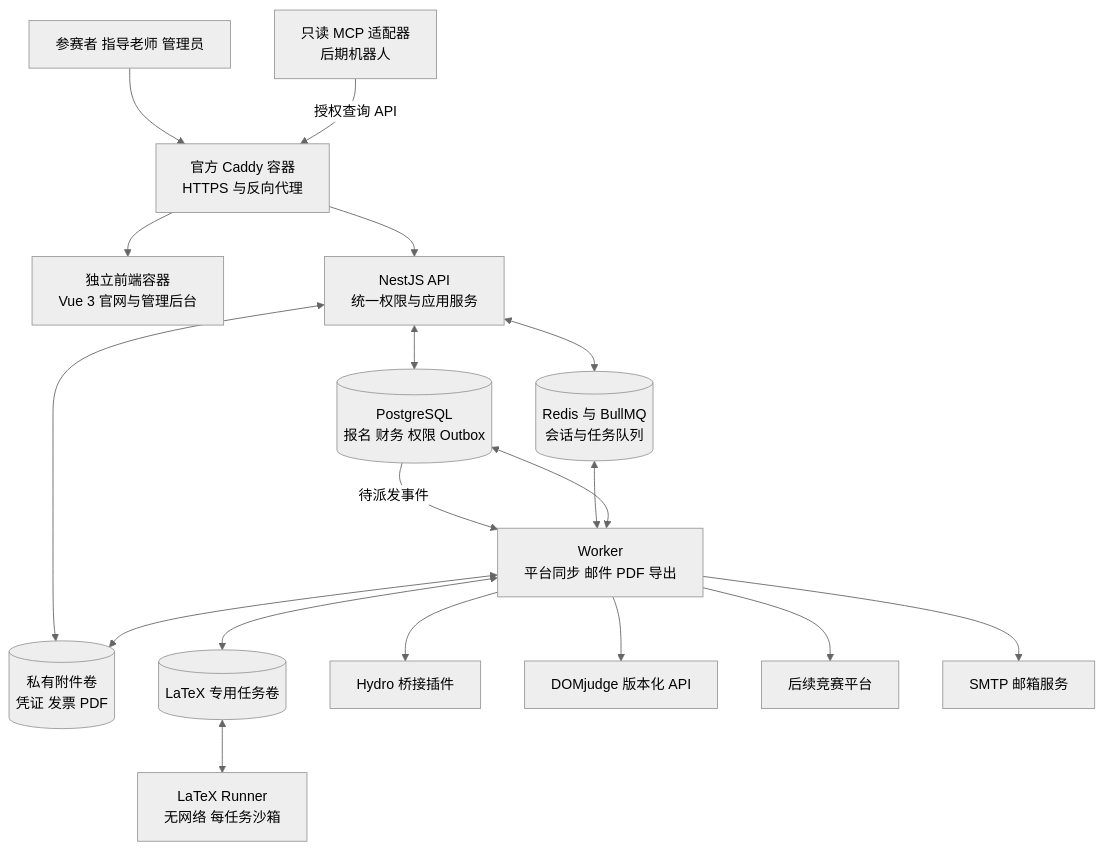
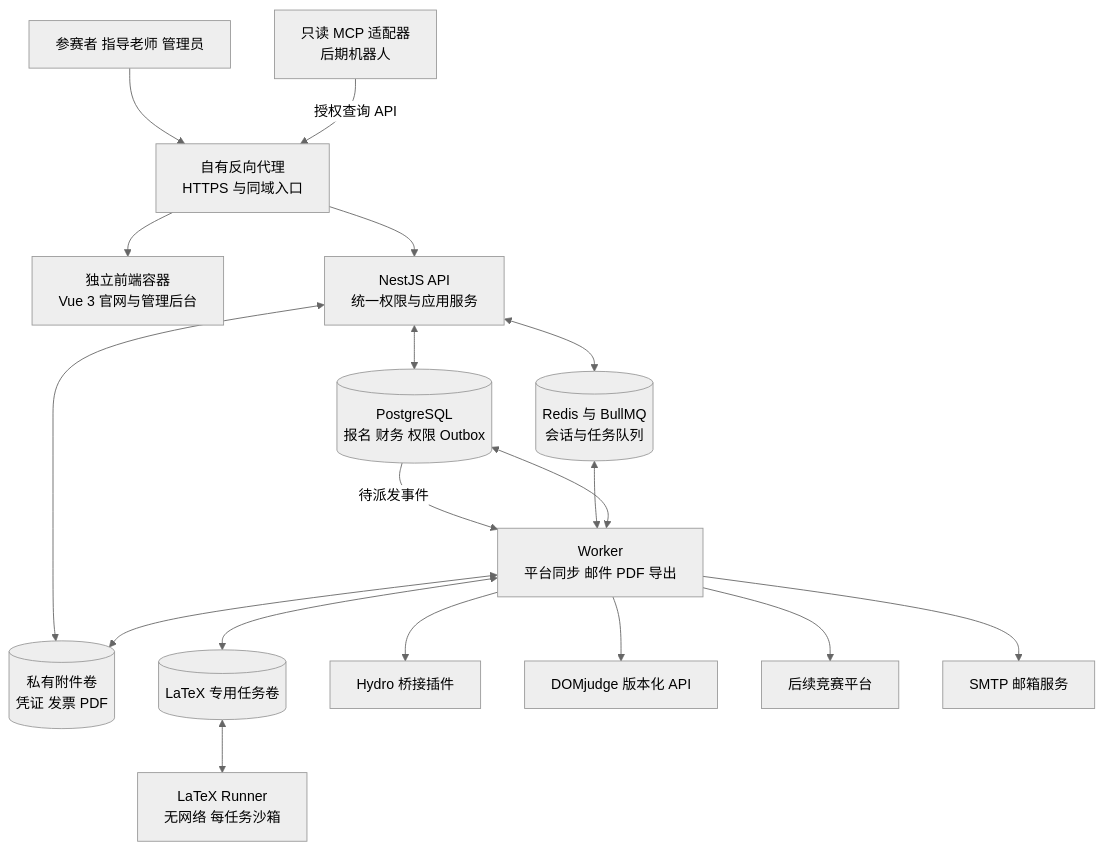
One commit to Albert-Li-Sz/NXOPA-RegSYS changed the first of 3 diagrams in docs/ARCHITECTURE.md. Above: the diagram before and after it, drawn with Mermaid (neutral theme). The commit also changed other lines of this file and 34 other files, not shown here.

````diff
--- a/docs/ARCHITECTURE.md
+++ b/docs/ARCHITECTURE.md
@@ -9,36 +9,36 @@
 ```mermaid
 flowchart TB
     Browser[参赛者 指导老师 管理员]
     MCP[只读 MCP 适配器\n后期机器人]
-    Gateway[官方 Caddy 容器\nHTTPS 与反向代理]
+    Gateway[自有反向代理\nHTTPS 与同域入口]
     Web[独立前端容器\nVue 3 官网与管理后台]
     API[NestJS API\n统一权限与应用服务]
     PG[(PostgreSQL\n报名 财务 权限 Outbox)]
     Redis[(Redis 与 BullMQ\n会话与任务队列)]
     Files[(私有附件卷\n凭证 发票 PDF)]
     Worker[Worker\n平台同步 邮件 PDF 导出]
     Spool[(LaTeX 专用任务卷)]
     LaTeX[LaTeX Runner\n无网络 每任务沙箱]
     Hydro[Hydro 桥接插件]
     DJ[DOMjudge 版本化 API]
     Partner[后续竞赛平台]
     Mail[SMTP 邮箱服务]
 
     Browser --> Gateway
     Gateway --> Web
     Gateway --> API
     MCP -->|授权查询 API| Gateway
     API <--> PG
     API <--> Redis
     API <--> Files
     PG -->|待派发事件| Worker
     Redis <--> Worker
     Worker <--> PG
     Worker <--> Files
     Worker <--> Spool
     Spool <--> LaTeX
     Worker --> Hydro
     Worker --> DJ
     Worker --> Partner
     Worker --> Mail
 ```
````
